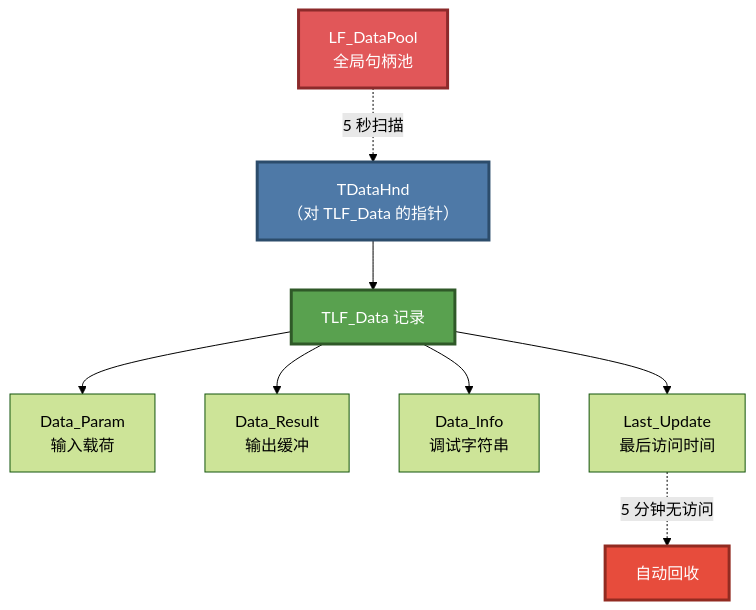
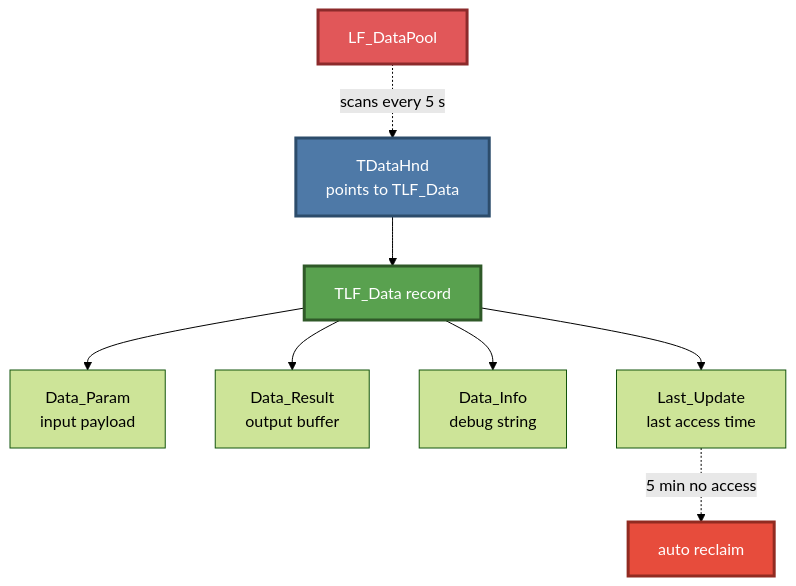
Before and after one commit to PassByYou888/LingoFuse: the ninth of 26 diagrams in cpp/LingoFuse_Cpp_Knowledge_Base.md, drawn with Mermaid (forest theme). The commit also changed other lines of this file, not shown here.

````diff
--- a/cpp/LingoFuse_Cpp_Knowledge_Base.md
+++ b/cpp/LingoFuse_Cpp_Knowledge_Base.md
@@ -236,16 +396,16 @@
 ```mermaid
 flowchart TB
-    HND["TDataHnd<br/>（对 TLF_Data 的指针）"] --> DATA["TLF_Data 记录"]
-    DATA --> DP["Data_Param<br/>输入载荷"]
-    DATA --> DR["Data_Result<br/>输出缓冲"]
-    DATA --> DI["Data_Info<br/>调试字符串"]
-    DATA --> LT["Last_Update<br/>最后访问时间"]
+    HND["TDataHnd<br/>points to TLF_Data"] --> DATA["TLF_Data record"]
+    DATA --> DP["Data_Param<br/>input payload"]
+    DATA --> DR["Data_Result<br/>output buffer"]
+    DATA --> DI["Data_Info<br/>debug string"]
+    DATA --> LT["Last_Update<br/>last access time"]
 
-    POOL["LF_DataPool<br/>全局句柄池"] -.->|"5 秒扫描"| HND
-    LT -.->|"5 分钟无访问"| RECYCLE["自动回收"]
+    POOL["LF_DataPool"] -.->|"scans every 5 s"| HND
+    LT -.->|"5 min no access"| RECYCLE["auto reclaim"]
 
     style HND fill:#4E79A7,stroke:#2C4C6B,stroke-width:3px,color:#FFFFFF
     style DATA fill:#59A14F,stroke:#2F5928,stroke-width:3px,color:#FFFFFF
     style POOL fill:#E15759,stroke:#8C2A2B,stroke-width:3px,color:#FFFFFF
     style RECYCLE fill:#E74C3C,stroke:#922B21,stroke-width:3px,color:#FFFFFF
 ```
````
